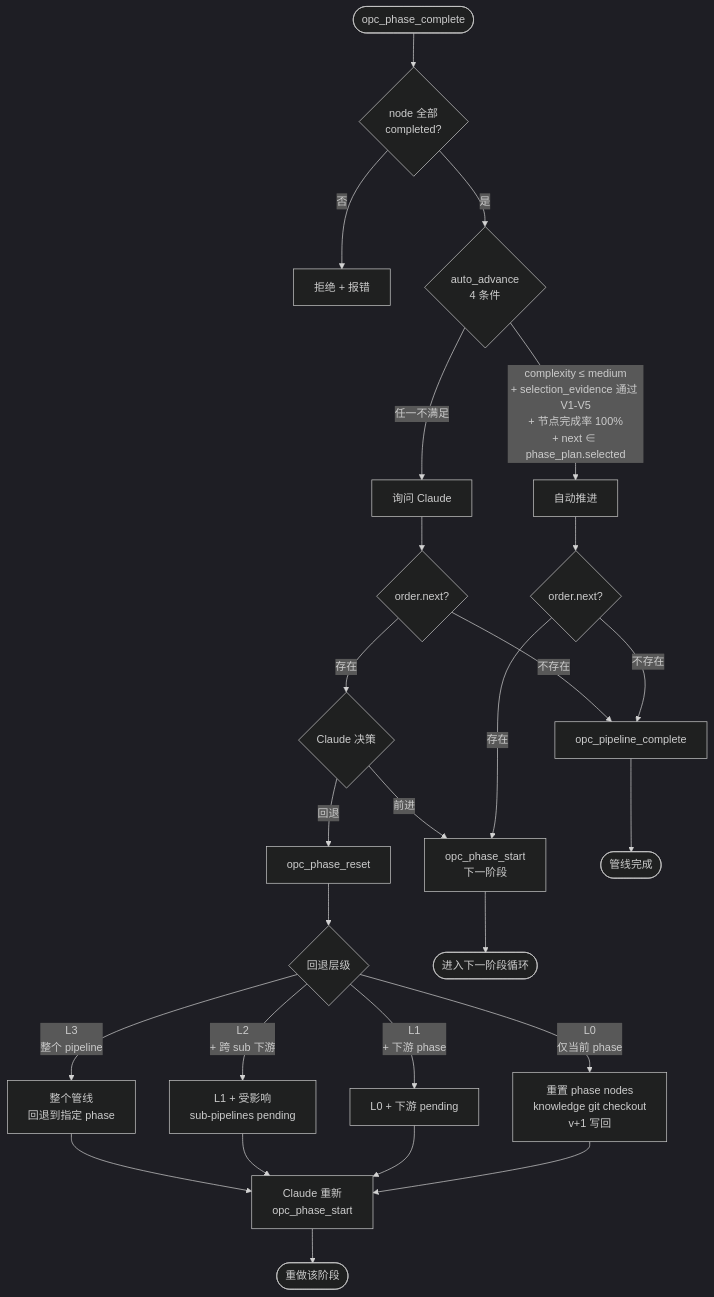
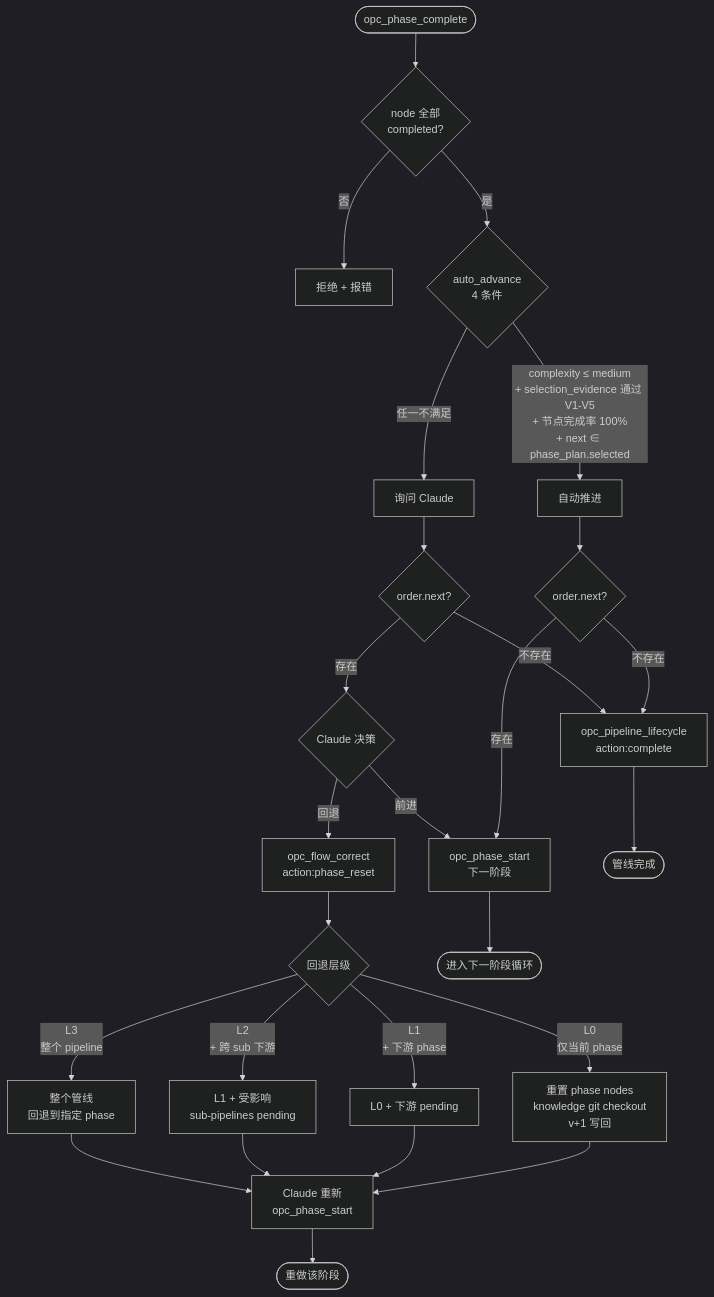
The second of 2 diagrams in doc/feature/02-opc-state-server/03-phase/00_overview.md (CaffeineOddity/opc-marketplace), drawn with Mermaid (dark theme) before and after one commit. The commit also changed other lines of this file and 19 other files, not shown here.

First line of the commit message:
docs(M17.i): rewrite 02-pipeline + 03-phase + 04-node for consolidated tool surface

````diff
--- a/doc/feature/02-opc-state-server/03-phase/00_overview.md
+++ b/doc/feature/02-opc-state-server/03-phase/00_overview.md
@@ -80,36 +80,36 @@
 ```mermaid
 flowchart TD
     Complete([opc_phase_complete]) --> Check{node 全部<br/>completed?}
     Check -->|否| Err[拒绝 + 报错]
     Check -->|是| Auto{auto_advance<br/>4 条件}
 
     Auto -->|complexity ≤ medium<br/>+ selection_evidence 通过 V1-V5<br/>+ 节点完成率 100%<br/>+ next ∈ phase_plan.selected| AA[自动推进]
     Auto -->|任一不满足| Ask[询问 Claude]
 
     AA --> Next{order.next?}
     Ask --> NextA{order.next?}
 
     Next -->|存在| StartNext[opc_phase_start<br/>下一阶段]
-    Next -->|不存在| PC[opc_pipeline_complete]
+    Next -->|不存在| PC[opc_pipeline_lifecycle<br/>action:complete]
 
     NextA -->|存在| Decide{Claude 决策}
     NextA -->|不存在| PC
 
     Decide -->|前进| StartNext
-    Decide -->|回退| Reset[opc_phase_reset]
+    Decide -->|回退| Reset[opc_flow_correct<br/>action:phase_reset]
 
     Reset --> RType{回退层级}
     RType -->|L0<br/>仅当前 phase| L0[重置 phase nodes<br/>knowledge git checkout<br/>v+1 写回]
     RType -->|L1<br/>+ 下游 phase| L1[L0 + 下游 pending]
     RType -->|L2<br/>+ 跨 sub 下游| L2[L1 + 受影响<br/>sub-pipelines pending]
     RType -->|L3<br/>整个 pipeline| L3[整个管线<br/>回退到指定 phase]
 
     L0 --> Resume[Claude 重新<br/>opc_phase_start]
     L1 --> Resume
     L2 --> Resume
     L3 --> Resume
 
     StartNext --> EndN([进入下一阶段循环])
     Resume --> EndR([重做该阶段])
     PC --> EndP([管线完成])
 ```
````
